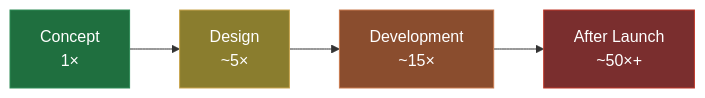
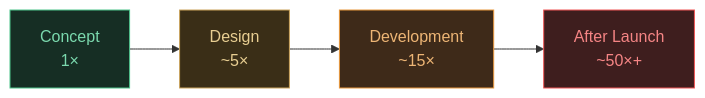
One commit to philiphohn/goldvale changed the diagram in content/journal/en/the-invisible-value-of-ux-research.mdx. Above: the diagram before and after it, drawn with Mermaid. The commit also changed 7 other files, not shown here.

````diff
--- a/content/journal/en/the-invisible-value-of-ux-research.mdx
+++ b/content/journal/en/the-invisible-value-of-ux-research.mdx
@@ -24,11 +24,11 @@
 ```mermaid
 flowchart LR
     A["Concept\n1×"] --> B["Design\n~5×"]
     B --> C["Development\n~15×"]
     C --> D["After Launch\n~50×+"]
 
-    style A fill:#1f6f3f,stroke:#2e8b57,color:#fff
-    style B fill:#8a7d2e,stroke:#c9a54e,color:#fff
-    style C fill:#8a4d2e,stroke:#c97a4e,color:#fff
-    style D fill:#7a2e2e,stroke:#c0392b,color:#fff
+    style A fill:#162E24,stroke:#4CC38A,color:#7BD9AE
+    style B fill:#3A2E17,stroke:#CBA45C,color:#E8CE92
+    style C fill:#3E2A19,stroke:#E8973C,color:#EDB575
+    style D fill:#3E1E1E,stroke:#F05656,color:#F58585
 ```
````
